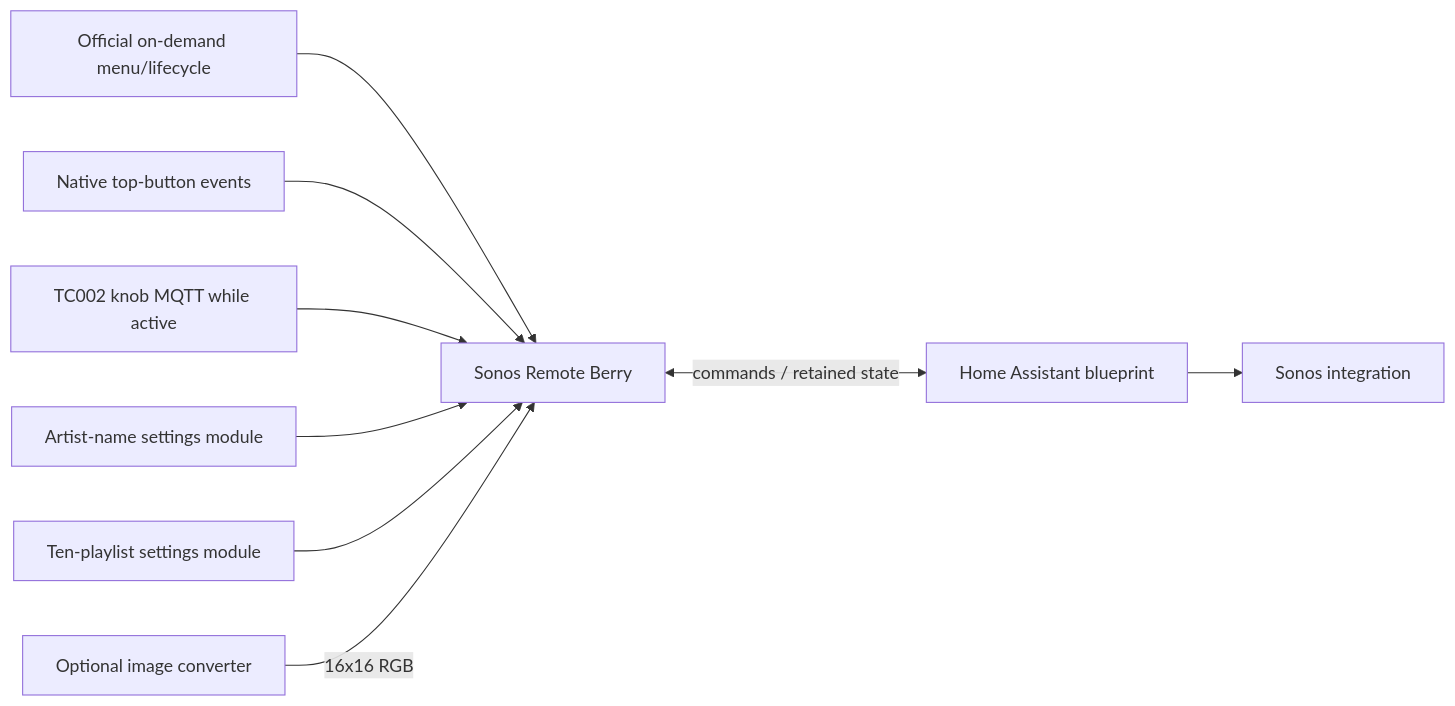
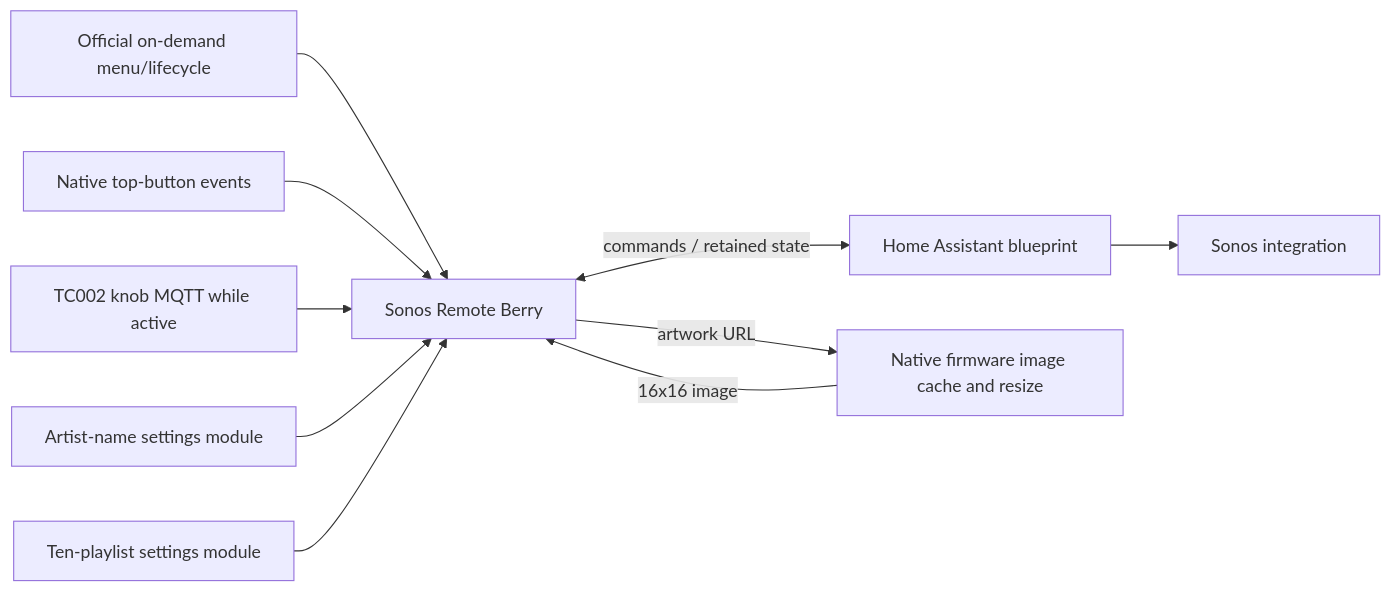
Before and after one commit to lucaamo/tc002-sonos-remote: the diagram in docs/ARCHITECTURE.md, drawn with Mermaid. The commit also changed other lines of this file and 11 other files, not shown here.

Commit message:
Use native URL artwork on TC002 1.1.6 and prepare Hub distribution

````diff
--- a/docs/ARCHITECTURE.md
+++ b/docs/ARCHITECTURE.md
@@ -5,11 +5,12 @@
 ```mermaid
 flowchart LR
   F[Official on-demand menu/lifecycle] --> B[Sonos Remote Berry]
   T[Native top-button events] --> B
   K[TC002 knob MQTT while active] --> B
   B <-->|commands / retained state| A[Home Assistant blueprint]
   A --> S[Sonos integration]
   M[Artist-name settings module] --> B
   P[Ten-playlist settings module] --> B
-  O[Optional image converter] -->|16x16 RGB| B
+  B -->|artwork URL| I[Native firmware image cache and resize]
+  I -->|16x16 image| B
 ```
````
